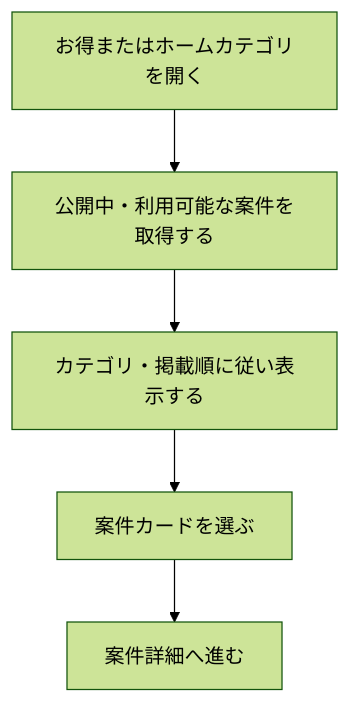
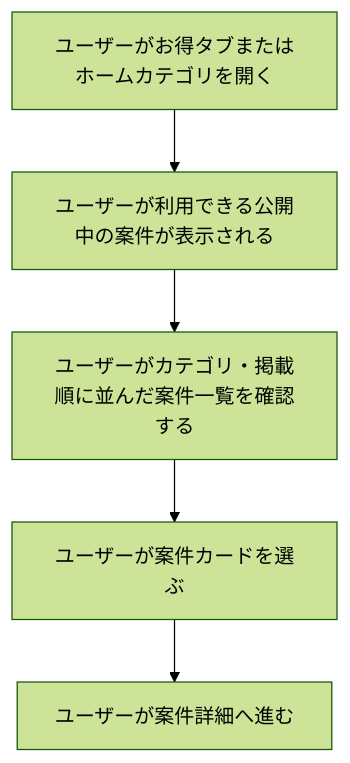
One commit to Min-Thu-Khant/pochipo-mock-en changed the diagram in docs/prd/features/F03-offer-list.md. Above: the diagram before and after it, drawn with Mermaid (forest theme). The commit also changed other lines of this file and 14 other files, not shown here.

````diff
--- a/docs/prd/features/F03-offer-list.md
+++ b/docs/prd/features/F03-offer-list.md
@@ -78,12 +70,12 @@
 ```mermaid
 flowchart TD
-  A0["お得またはホームカテゴリを開く"]
-  A1["公開中・利用可能な案件を取得する"]
-  A2["カテゴリ・掲載順に従い表示する"]
-  A3["案件カードを選ぶ"]
-  A4["案件詳細へ進む"]
+  A0["ユーザーがお得タブまたはホームカテゴリを開く"]
+  A1["ユーザーが利用できる公開中の案件が表示される"]
+  A2["ユーザーがカテゴリ・掲載順に並んだ案件一覧を確認する"]
+  A3["ユーザーが案件カードを選ぶ"]
+  A4["ユーザーが案件詳細へ進む"]
   A0 --> A1
   A1 --> A2
   A2 --> A3
   A3 --> A4
 ```
````
